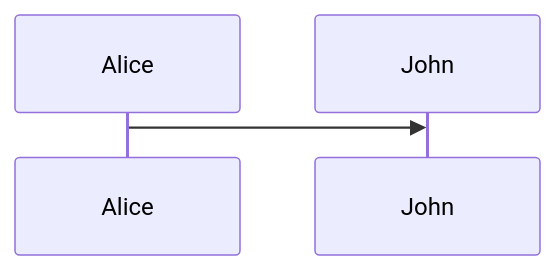
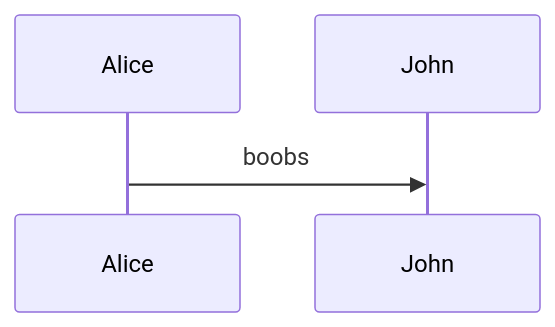
The first of 5 diagrams in code/data_setup/README.md (nchiumenti/boston_zoning), drawn with Mermaid before and after one commit.

````diff
--- a/code/data_setup/README.md
+++ b/code/data_setup/README.md
@@ -7,4 +7,4 @@
 ```mermaid
 sequenceDiagram
-    Alice->>John:
+    Alice->>John: boobs
 ```
````
